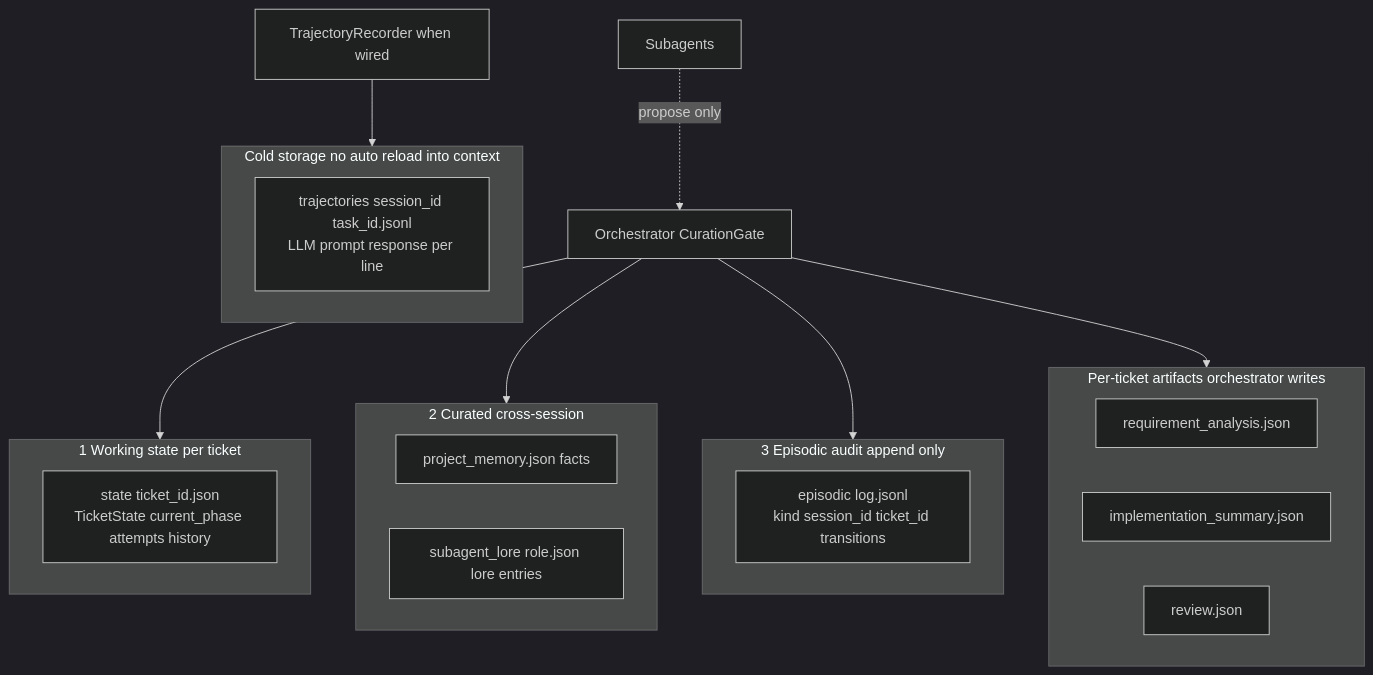
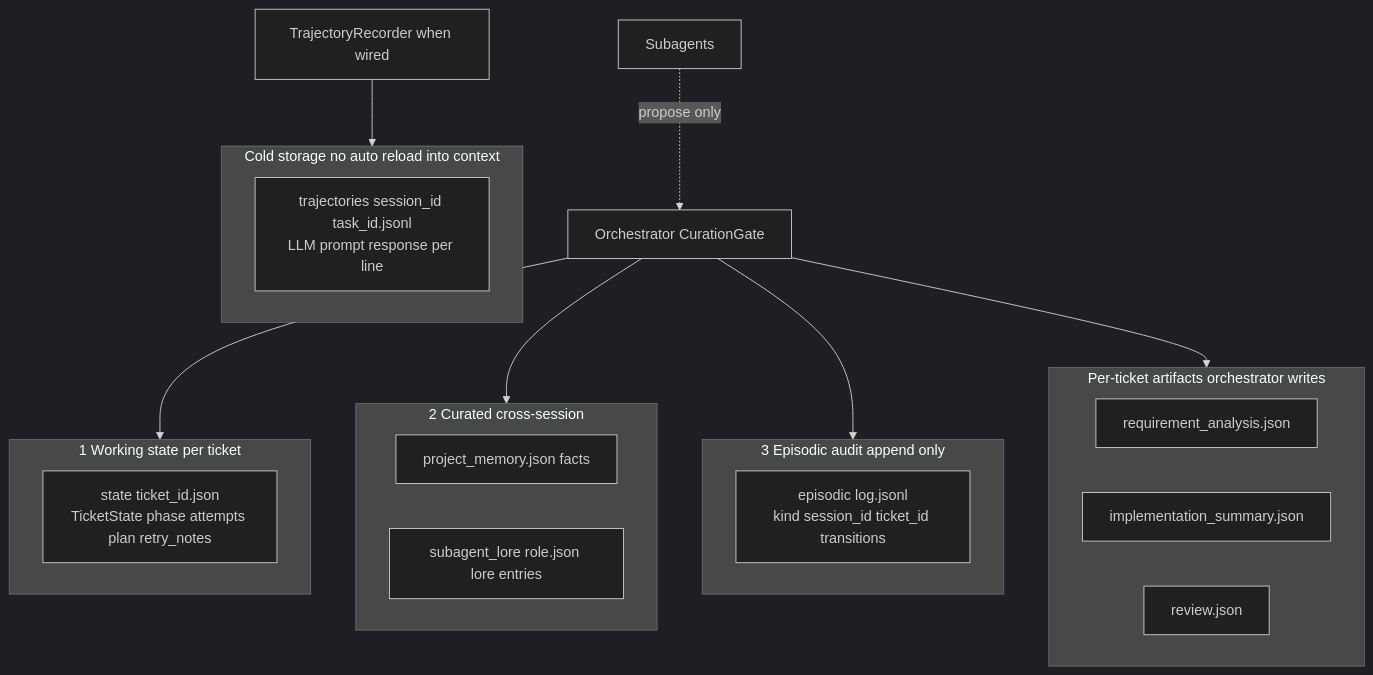
One commit to madeehrehman/software_engineering_agent changed the third of 6 diagrams in system-design.md. Above: the diagram before and after it, drawn with Mermaid (dark theme). The commit also changed other lines of this file and 12 other files, not shown here.

````diff
--- a/system-design.md
+++ b/system-design.md
@@ -152,32 +160,32 @@
 ```mermaid
 flowchart TB
   subgraph Working["1 Working state per ticket"]
-    SF["state ticket_id.json<br/>TicketState current_phase attempts history"]
+    SF["state ticket_id.json<br/>TicketState phase attempts plan retry_notes"]
   end
 
   subgraph Curated["2 Curated cross-session"]
     PJ["project_memory.json facts"]
     LO["subagent_lore role.json lore entries"]
   end
 
   subgraph Audit["3 Episodic audit append only"]
     EP["episodic log.jsonl<br/>kind session_id ticket_id transitions"]
   end
 
   subgraph Art["Per-ticket artifacts orchestrator writes"]
     A1["requirement_analysis.json"]
     A2["implementation_summary.json"]
     A3["review.json"]
   end
 
   subgraph Cold["Cold storage no auto reload into context"]
     TJ["trajectories session_id task_id.jsonl<br/>LLM prompt response per line"]
   end
 
   ORC[Orchestrator CurationGate] --> Working
   ORC --> Curated
   ORC --> Audit
   ORC --> Art
   SUB[Subagents] -. propose only .-> ORC
   TR[TrajectoryRecorder when wired] --> Cold
 ```
````
